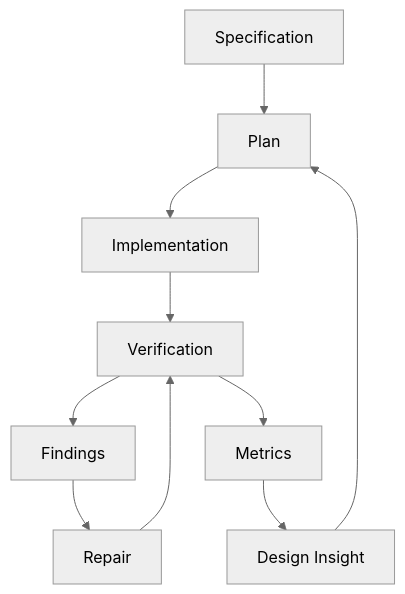
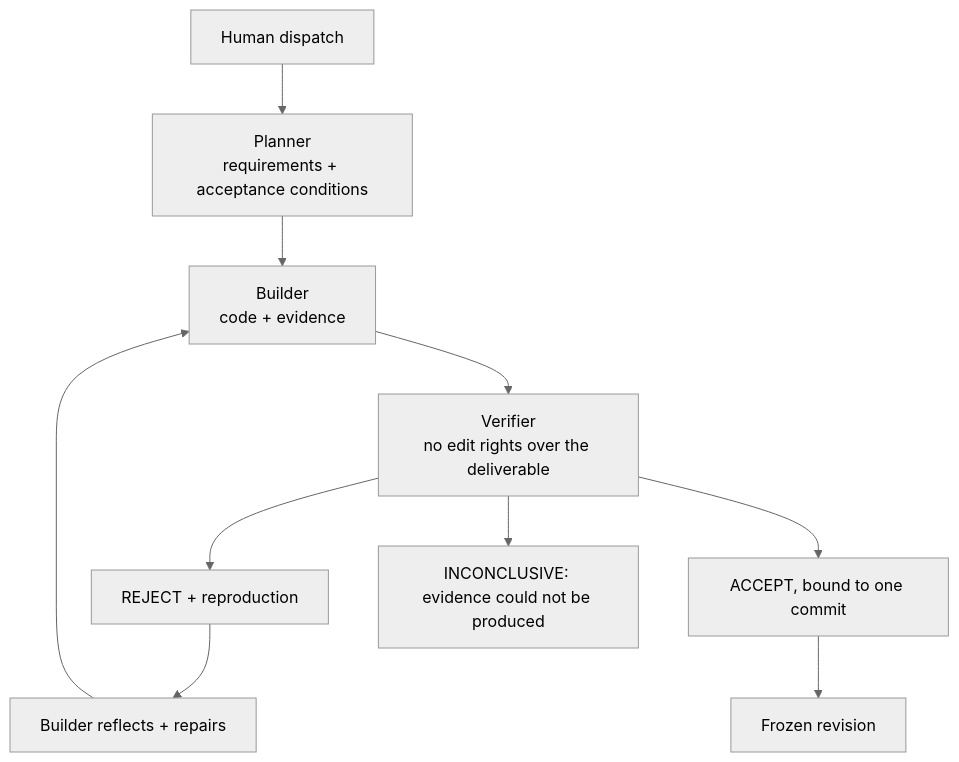
One commit to Aaditya1273/COMMIT changed the diagram in README.md. Above: the diagram before and after it, drawn with Mermaid (neutral theme). The commit also changed other lines of this file and 5 other files, not shown here.

````diff
--- a/README.md
+++ b/README.md
@@ -2156,13 +35,11 @@
 ```mermaid
 flowchart TD
-    S[Specification]
-    S --> P[Plan]
-    P --> I[Implementation]
-    I --> V[Verification]
-    V --> F[Findings]
-    F --> R[Repair]
-    R --> V
-    V --> M[Metrics]
-    M --> D[Design Insight]
-    D --> P
+    H[Human dispatch] --> P[Planner<br/>requirements + acceptance conditions]
+    P --> B[Builder<br/>code + evidence]
+    B --> V[Verifier<br/>no edit rights over the deliverable]
+    V --> R[REJECT + reproduction]
+    V --> A[ACCEPT, bound to one commit]
+    V --> I[INCONCLUSIVE: evidence could not be produced]
+    R --> M[Builder reflects + repairs] --> B
+    A --> F[Frozen revision]
 ```
````
